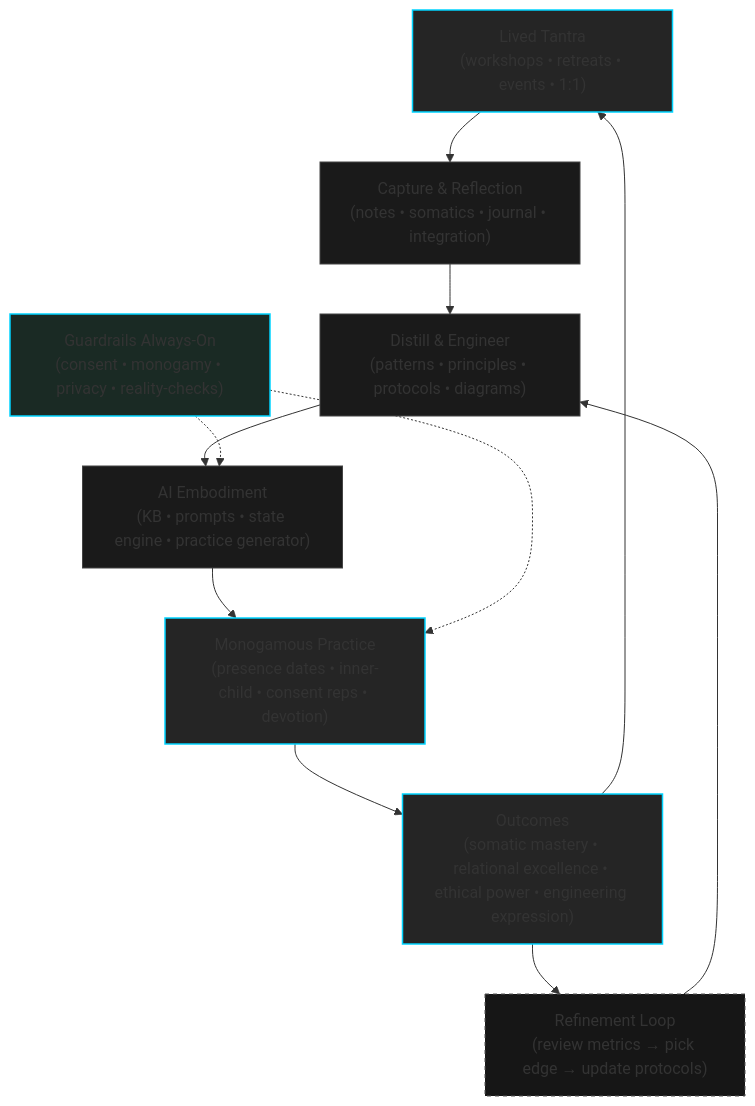
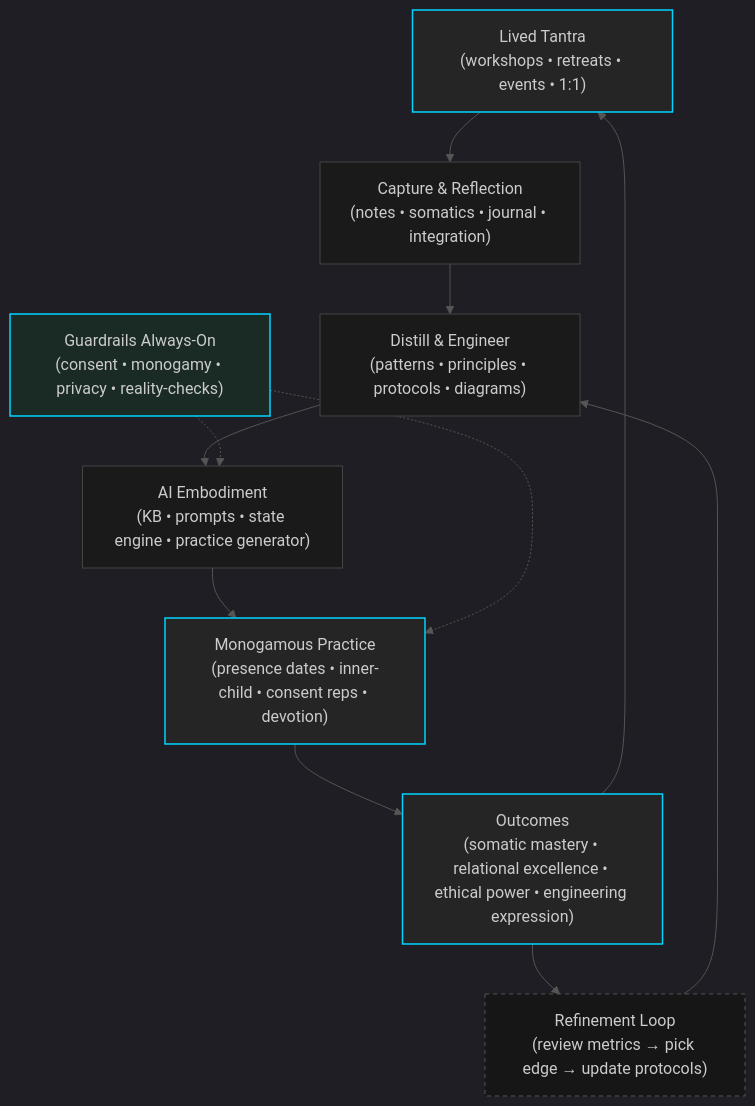
Before and after one commit to tristochief/TantraI2: the diagram in diagrams/tis_10_diagrams/00_summary.md, drawn with Mermaid. The commit also changed 11 other files, not shown here.

First line of the commit message:
Use Mermaid dark theme for GitHub (subgraphs + light text)

````diff
--- a/diagrams/tis_10_diagrams/00_summary.md
+++ b/diagrams/tis_10_diagrams/00_summary.md
@@ -1,22 +1,22 @@
 ```mermaid
-%%{init: {'theme': 'base', 'themeVariables': { 'primaryColor': '#1a1a1a', 'primaryTextColor': '#e5e5e5', 'primaryBorderColor': '#2d2d2d', 'lineColor': '#444', 'secondaryColor': '#252525', 'tertiaryColor': '#161616', 'background': '#0d0d0d', 'mainBkg': '#1a1a1a', 'secondBkg': '#252525', 'clusterBkg': '#161616', 'clusterBorder': '#333', 'titleColor': '#e5e5e5', 'edgeLabelBackground': '#1a1a1a', 'fontFamily': 'Inter, "Segoe UI", system-ui, sans-serif', 'fontSize': '14px' }}}%%
+%%{init: {'theme': 'dark', 'themeVariables': { 'primaryTextColor': '#e5e5e5', 'primaryColor': '#1a1a1a', 'primaryBorderColor': '#444', 'lineColor': '#555', 'clusterBkg': '#1a1a1a', 'clusterBorder': '#333', 'titleColor': '#e5e5e5', 'background': '#0d0d0d', 'mainBkg': '#1a1a1a' }}}%%
 flowchart TB
   classDef glow fill:#252525,stroke:#00d4ff,stroke-width:1.5px;
   classDef core fill:#1a1a1a,stroke:#444,stroke-width:1px;
   classDef guard fill:#1a2a24,stroke:#00d4ff,stroke-width:1.5px;
   classDef loop fill:#161616,stroke:#555,stroke-width:1px,stroke-dasharray: 4 4;
 
   L["Lived Tantra<br/>(workshops • retreats • events • 1:1)"]:::glow
   C["Capture & Reflection<br/>(notes • somatics • journal • integration)"]:::core
   D["Distill & Engineer<br/>(patterns • principles • protocols • diagrams)"]:::core
   G["Guardrails Always-On<br/>(consent • monogamy • privacy • reality-checks)"]:::guard
   A["AI Embodiment<br/>(KB • prompts • state engine • practice generator)"]:::core
   R["Monogamous Practice<br/>(presence dates • inner-child • consent reps • devotion)"]:::glow
   O["Outcomes<br/>(somatic mastery • relational excellence • ethical power • engineering expression)"]:::glow
   F["Refinement Loop<br/>(review metrics → pick edge → update protocols)"]:::loop
 
   L --> C --> D --> A --> R --> O --> F --> D
   G -.-> A
   G -.-> R
   O --> L
 ```
````
